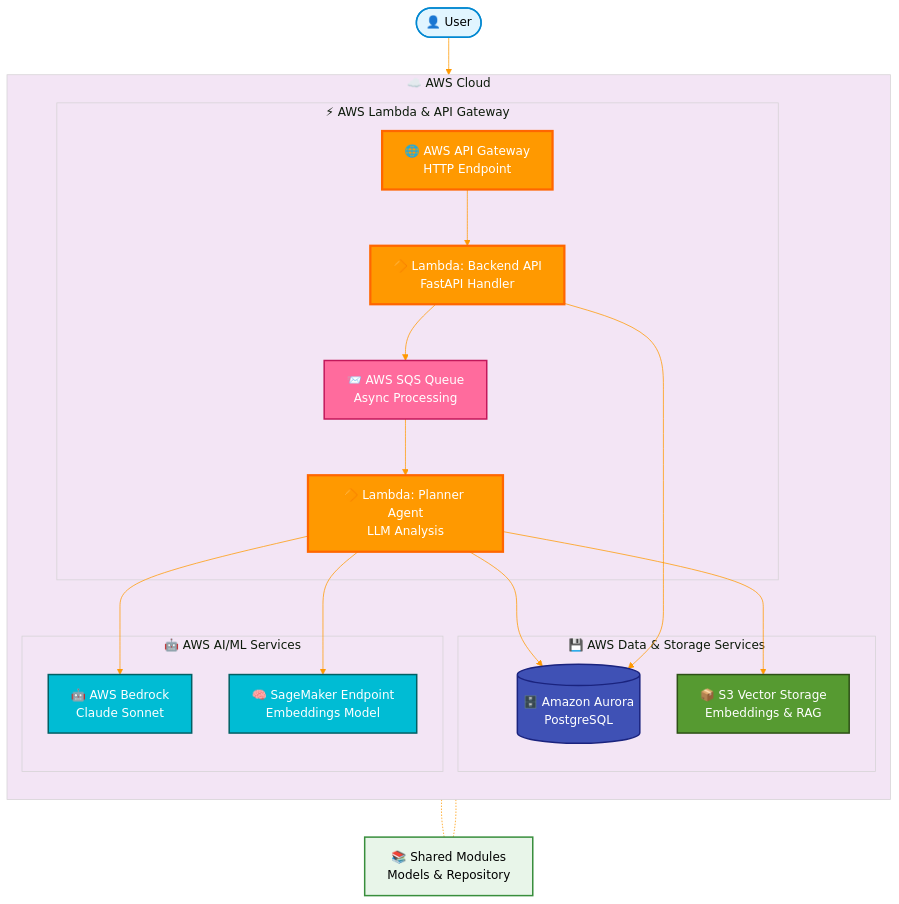
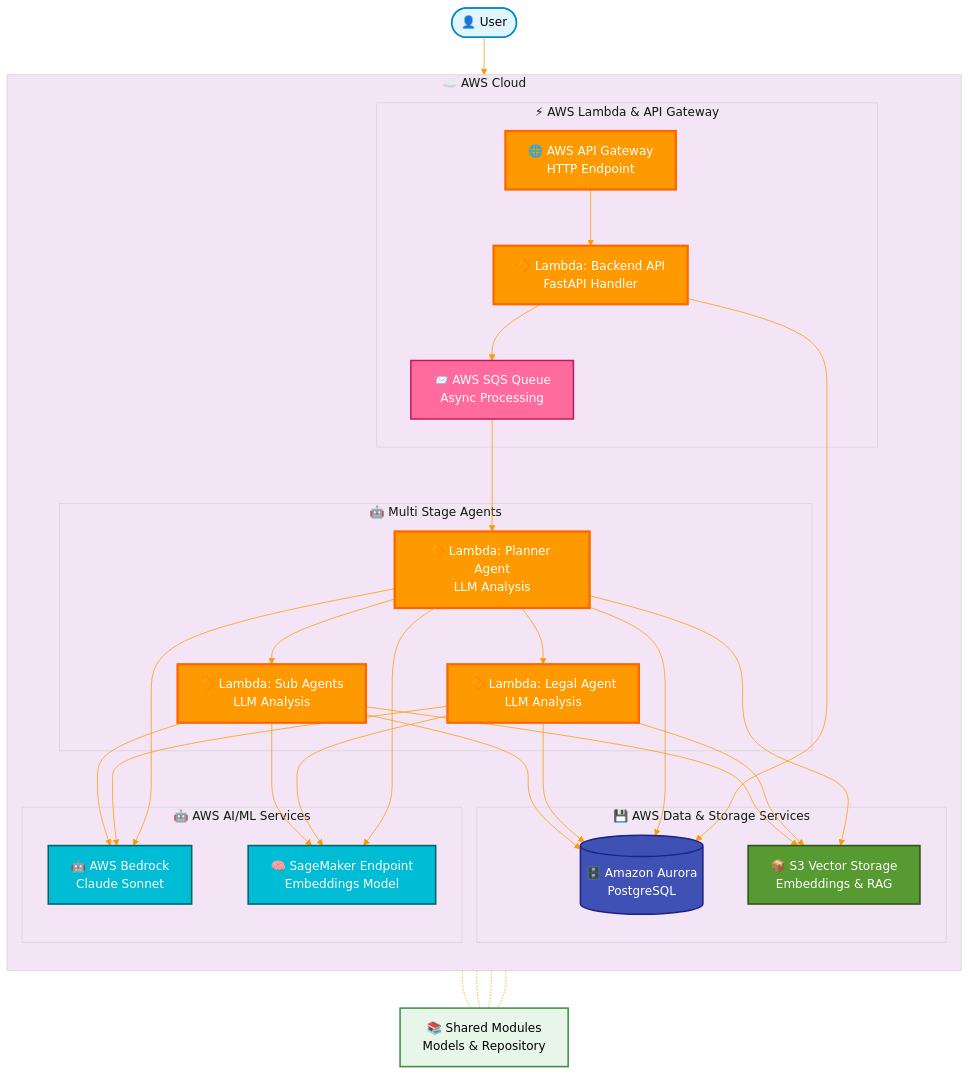
The diagram in backend/README.md (open-estate-ai/real-estate-agentic-ai), drawn with Mermaid before and after one commit.

````diff
--- a/backend/README.md
+++ b/backend/README.md
@@ -27,51 +27,72 @@
 ```mermaid
 %%{init: {'theme':'base', 'themeVariables': { 'primaryColor':'#fff3e0','primaryTextColor':'#000','primaryBorderColor':'#ff9900','lineColor':'#ff9900','secondaryColor':'#e3f2fd','tertiaryColor':'#f3e5f5'}}}%%
 graph TB
     User([👤 User]):::userStyle
     
     subgraph AWSCloud["☁️ AWS Cloud"]
         direction TB
         
         subgraph Compute["⚡ AWS Lambda & API Gateway"]
             APIGW[🌐 AWS API Gateway<br/>HTTP Endpoint]:::apigwStyle
             LambdaAPI[🔶 Lambda: Backend API<br/>FastAPI Handler]:::lambdaStyle
-            SQS[📨 AWS SQS Queue<br/>Async Processing]:::sqsStyle
-            LambdaPlanner[🔶 Lambda: Planner Agent<br/>LLM Analysis]:::lambdaStyle
+            SQS[📨 AWS SQS Queue<br/>Async Processing]:::sqsStyle            
+        end
+
+        subgraph MultiStageAgent["🤖 Multi Stage Agents"]
+          LambdaPlanner[🔶 Lambda: Planner Agent<br/>LLM Analysis]:::lambdaStyle
+          LambdaLegal[🔶 Lambda: Legal Agent<br/>LLM Analysis]:::lambdaStyle
+          LambdaSubAgents[🔶 Lambda: Sub Agents<br/>LLM Analysis]:::lambdaStyle
         end
         
         subgraph Storage["💾 AWS Data & Storage Services"]
             DB[(🗄️ Amazon Aurora<br/>PostgreSQL)]:::dbStyle
             S3Vector[📦 S3 Vector Storage<br/>Embeddings & RAG]:::s3Style
         end
         
         subgraph AI["🤖 AWS AI/ML Services"]
             LLM[🤖 AWS Bedrock<br/>Claude Sonnet]:::llmStyle
             SageMaker[🧠 SageMaker Endpoint<br/>Embeddings Model]:::sagemakerStyle
         end
         
         APIGW --> LambdaAPI
         LambdaAPI --> SQS
         LambdaAPI --> DB
         SQS --> LambdaPlanner
+        LambdaPlanner --> LambdaLegal
+        LambdaPlanner --> LambdaSubAgents
         LambdaPlanner --> DB
         LambdaPlanner --> LLM
         LambdaPlanner --> SageMaker
         LambdaPlanner --> S3Vector
+
+        LambdaLegal --> DB
+        LambdaLegal --> LLM
+        LambdaLegal --> SageMaker
+        LambdaLegal --> S3Vector
+
+        LambdaSubAgents --> DB
+        LambdaSubAgents --> LLM
+        LambdaSubAgents --> SageMaker
+        LambdaSubAgents --> S3Vector
+
+        
     end
     
     User --> APIGW
     
     Shared[📚 Shared Modules<br/>Models & Repository]:::sharedStyle
     LambdaAPI -.- Shared
     LambdaPlanner -.- Shared
+    LambdaLegal -.- Shared
+    LambdaSubAgents -.- Shared
     
     classDef userStyle fill:#e1f5ff,stroke:#0288d1,stroke-width:2px,color:#000
     classDef apigwStyle fill:#ff9900,stroke:#ff6600,stroke-width:3px,color:#fff
     classDef lambdaStyle fill:#ff9900,stroke:#ff6600,stroke-width:3px,color:#fff
     classDef sqsStyle fill:#ff6b9d,stroke:#c2185b,stroke-width:2px,color:#fff
     classDef dbStyle fill:#3f51b5,stroke:#1a237e,stroke-width:2px,color:#fff
     classDef llmStyle fill:#00bcd4,stroke:#006064,stroke-width:2px,color:#fff
     classDef sagemakerStyle fill:#00bcd4,stroke:#006064,stroke-width:2px,color:#fff
     classDef s3Style fill:#569a31,stroke:#2d5016,stroke-width:2px,color:#fff
     classDef sharedStyle fill:#e8f5e9,stroke:#388e3c,stroke-width:2px,color:#000
 ```
````
